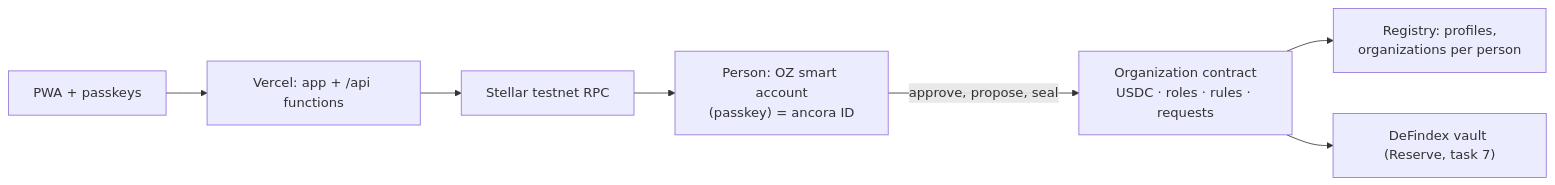
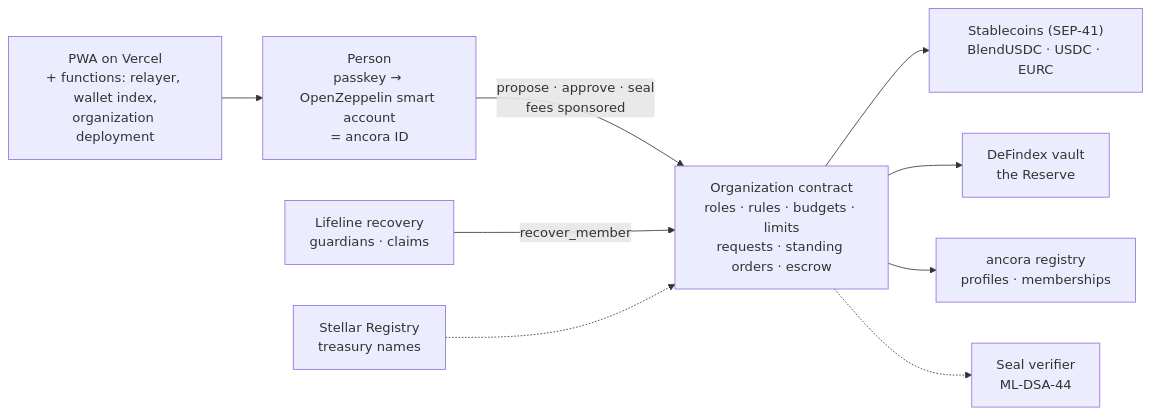
Before and after one commit to raglibol-re/ancora: the diagram in README.md, drawn with Mermaid. The commit also changed other lines of this file and 8 other files, not shown here.

````diff
--- a/README.md
+++ b/README.md
@@ -66,9 +118,11 @@
 ```mermaid
 flowchart LR
-  Browser["PWA + passkeys"] --> App["Vercel: app + /api functions"]
-  App --> RPC["Stellar testnet RPC"]
-  RPC --> Person["Person: OZ smart account<br/>(passkey) = ancora ID"]
-  Person -->|"approve, propose, seal"| Org["Organization contract<br/>USDC · roles · rules · requests"]
-  Org --> Registry["Registry: profiles,<br/>organizations per person"]
-  Org --> Vault["DeFindex vault (Reserve, task 7)"]
+  App["PWA on Vercel<br/>+ functions: relayer, wallet index,<br/>organization deployment"] --> Person
+  Person["Person<br/>passkey → OpenZeppelin smart account<br/>= ancora ID"] -->|"propose · approve · seal<br/>fees sponsored"| Org
+  Org["Organization contract<br/>roles · rules · budgets · limits<br/>requests · standing orders · escrow"] --> Tokens["Stablecoins (SEP-41)<br/>BlendUSDC · USDC · EURC"]
+  Org --> Vault["DeFindex vault<br/>the Reserve"]
+  Org --> Registry["ancora registry<br/>profiles · memberships"]
+  Org -.-> Seal["Seal verifier<br/>ML-DSA-44"]
+  Lifeline["Lifeline recovery<br/>guardians · claims"] -->|"recover_member"| Org
+  Names["Stellar Registry<br/>treasury names"] -.-> Org
 ```
````
